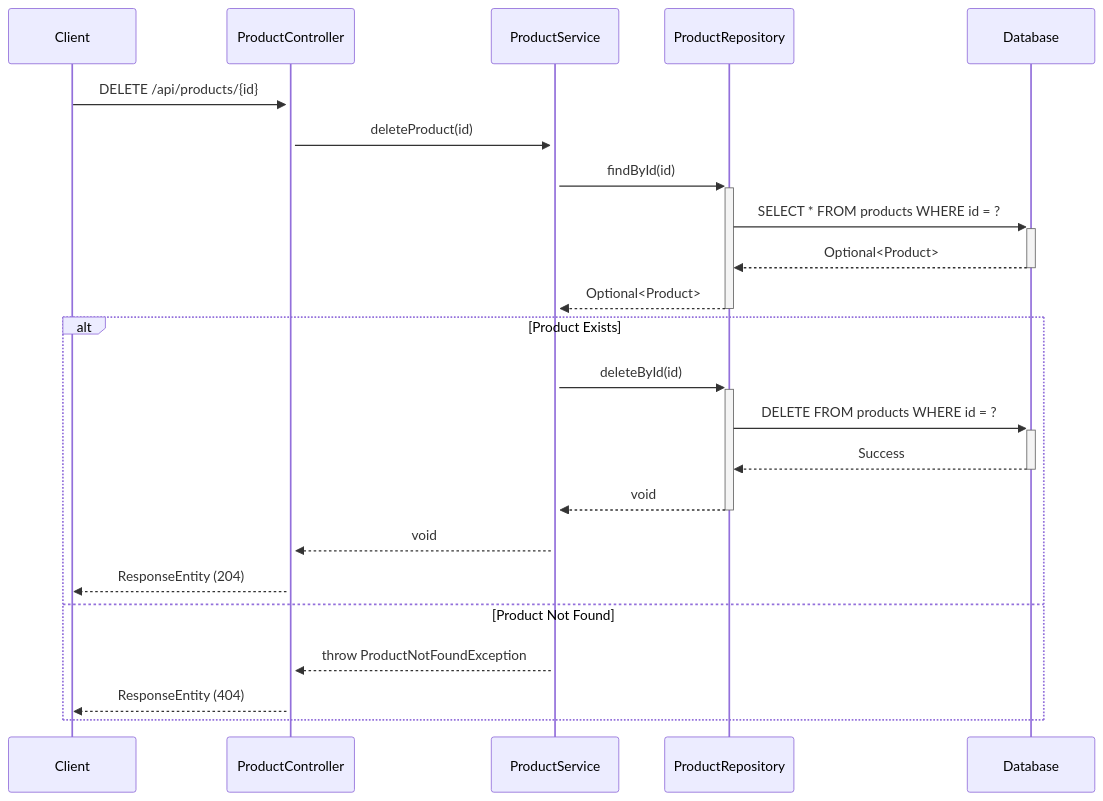
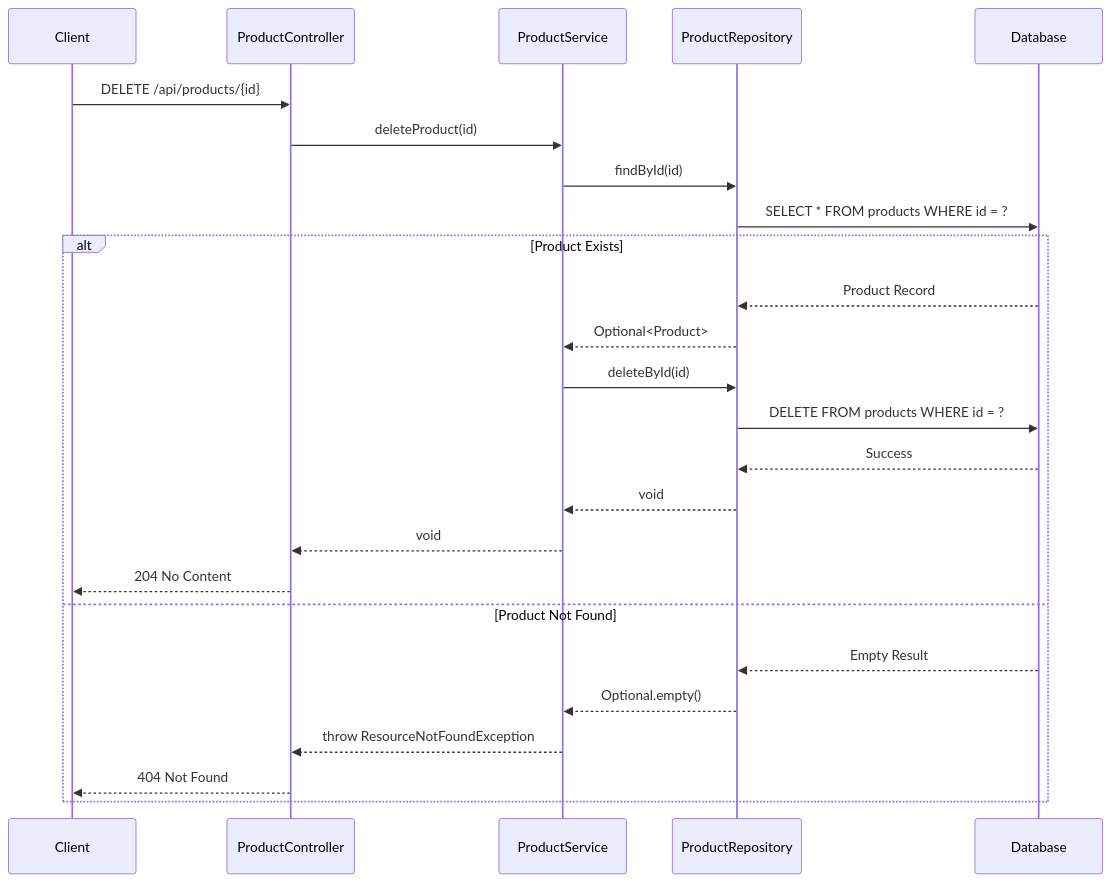
One commit to NavneetBN47/aava-ecom-demo changed the seventh of 13 diagrams in docs/LLD/lld.md. Above: the diagram before and after it, drawn with Mermaid. The commit also changed other lines of this file, not shown here.

````diff
--- a/docs/LLD/lld.md
+++ b/docs/LLD/lld.md
@@ -315,28 +319,29 @@
 ```mermaid
 sequenceDiagram
     participant Client
     participant ProductController
     participant ProductService
     participant ProductRepository
     participant Database
-    
-    Client->>+ProductController: DELETE /api/products/{id}
-    ProductController->>+ProductService: deleteProduct(id)
-    
-    ProductService->>+ProductRepository: findById(id)
-    ProductRepository->>+Database: SELECT * FROM products WHERE id = ?
-    Database-->>-ProductRepository: Optional<Product>
-    ProductRepository-->>-ProductService: Optional<Product>
+
+    Client->>ProductController: DELETE /api/products/{id}
+    ProductController->>ProductService: deleteProduct(id)
+    ProductService->>ProductRepository: findById(id)
+    ProductRepository->>Database: SELECT * FROM products WHERE id = ?
     
     alt Product Exists
-        ProductService->>+ProductRepository: deleteById(id)
-        ProductRepository->>+Database: DELETE FROM products WHERE id = ?
-        Database-->>-ProductRepository: Success
-        ProductRepository-->>-ProductService: void
+        Database-->>ProductRepository: Product Record
+        ProductRepository-->>ProductService: Optional<Product>
+        ProductService->>ProductRepository: deleteById(id)
+        ProductRepository->>Database: DELETE FROM products WHERE id = ?
+        Database-->>ProductRepository: Success
+        ProductRepository-->>ProductService: void
         ProductService-->>ProductController: void
-        ProductController-->>Client: ResponseEntity (204)
+        ProductController-->>Client: 204 No Content
     else Product Not Found
-        ProductService-->>ProductController: throw ProductNotFoundException
-        ProductController-->>Client: ResponseEntity (404)
+        Database-->>ProductRepository: Empty Result
+        ProductRepository-->>ProductService: Optional.empty()
+        ProductService-->>ProductController: throw ResourceNotFoundException
+        ProductController-->>Client: 404 Not Found
     end
 ```
````
